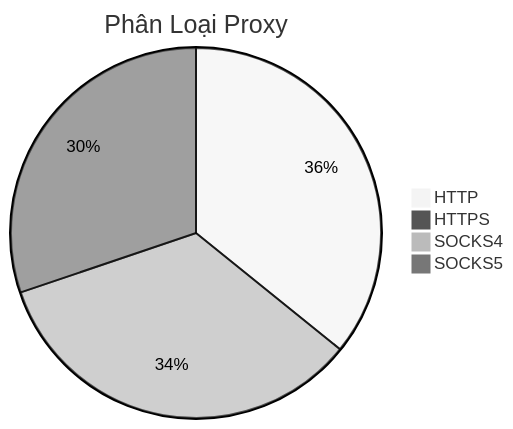
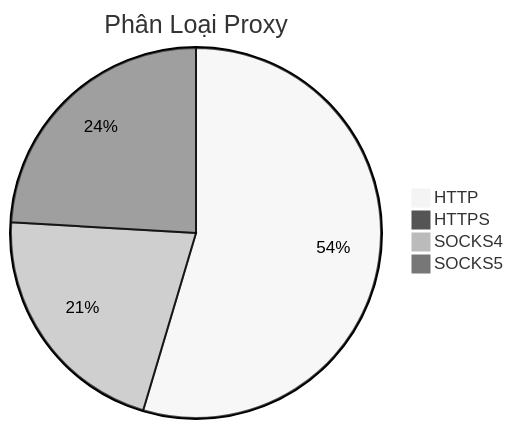
The diagram in README.md (Ciara-12/PROXY-free), drawn with Mermaid (neutral theme) before and after one commit. The commit also changed other lines of this file and 4 other files, not shown here.

````diff
--- a/README.md
+++ b/README.md
@@ -26,7 +26,7 @@
 ```mermaid
 pie title Phân Loại Proxy
-    "HTTP" : 453
-    "HTTPS" : 3
-    "SOCKS4" : 430
-    "SOCKS5" : 382
+    "HTTP" : 871
+    "HTTPS" : 4
+    "SOCKS4" : 340
+    "SOCKS5" : 384
 ```
````
